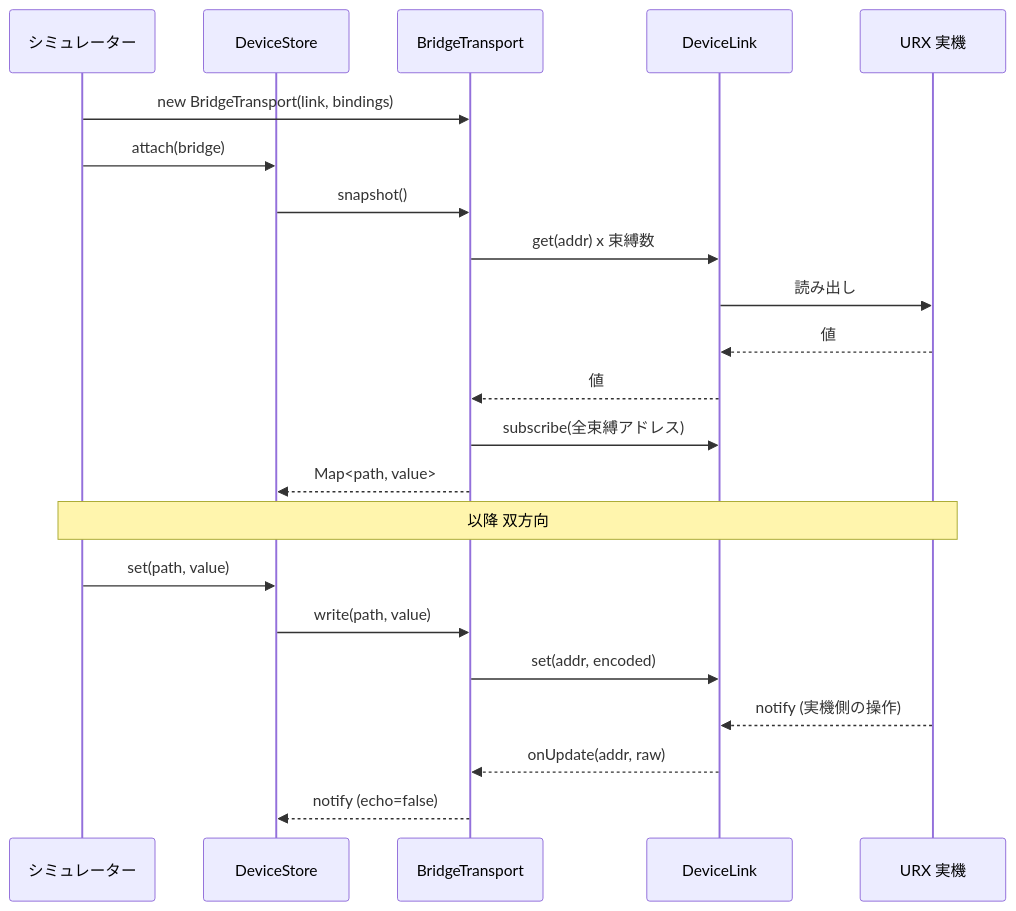
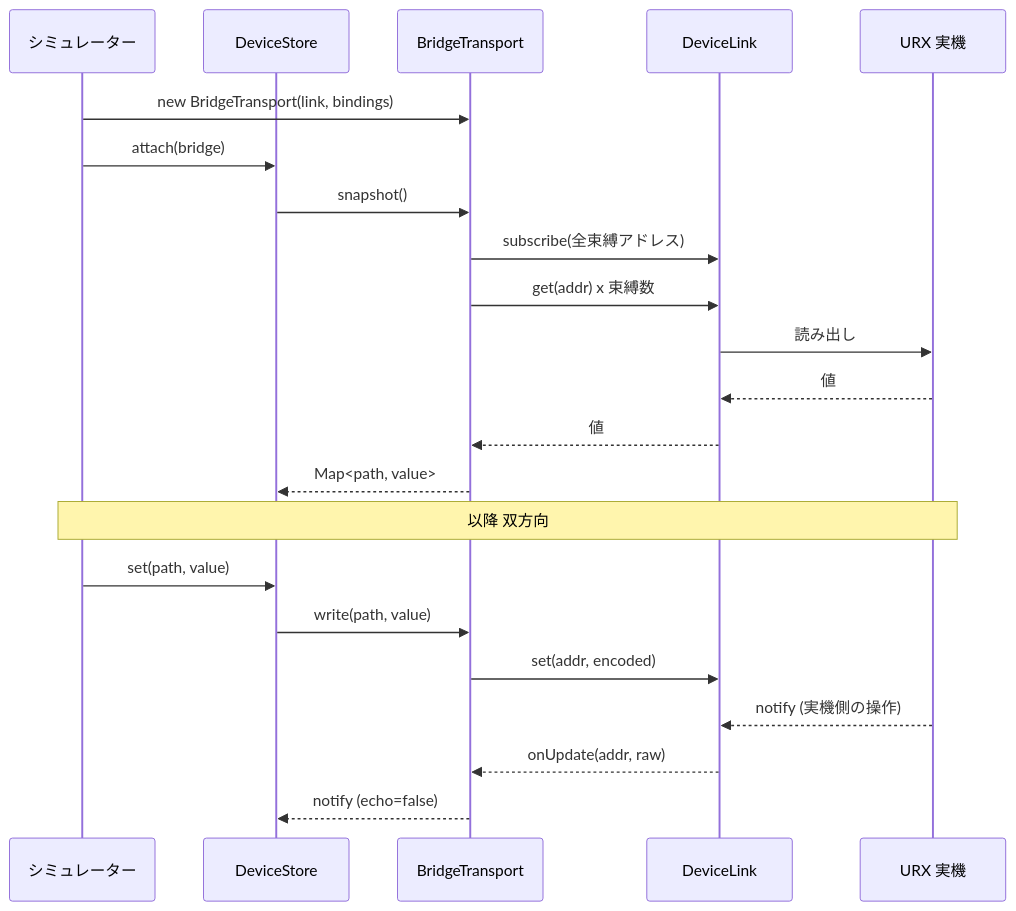
Before and after one commit to semnil/urx-lcd-sim: the diagram in docs/ja/device-integration.md, drawn with Mermaid. The commit also changed other lines of this file and 5 other files, not shown here.

````diff
--- a/docs/ja/device-integration.md
+++ b/docs/ja/device-integration.md
@@ -50,25 +51,25 @@
 ```mermaid
 sequenceDiagram
   participant App as シミュレーター
   participant Store as DeviceStore
   participant Bridge as BridgeTransport
   participant DevLink as DeviceLink
   participant Unit as URX 実機
 
   App->>Bridge: new BridgeTransport(link, bindings)
   App->>Store: attach(bridge)
   Store->>Bridge: snapshot()
+  Bridge->>DevLink: subscribe(全束縛アドレス)
   Bridge->>DevLink: get(addr) x 束縛数
   DevLink->>Unit: 読み出し
   Unit-->>DevLink: 値
   DevLink-->>Bridge: 値
-  Bridge->>DevLink: subscribe(全束縛アドレス)
   Bridge-->>Store: Map<path, value>
   Note over App,Unit: 以降 双方向
   App->>Store: set(path, value)
   Store->>Bridge: write(path, value)
   Bridge->>DevLink: set(addr, encoded)
   Unit-->>DevLink: notify (実機側の操作)
   DevLink-->>Bridge: onUpdate(addr, raw)
   Bridge-->>Store: notify (echo=false)
 ```
````
